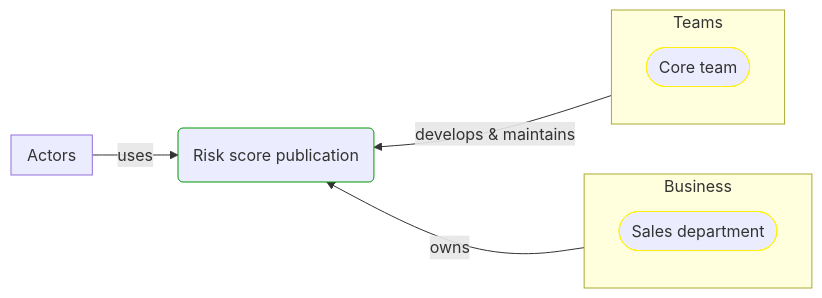
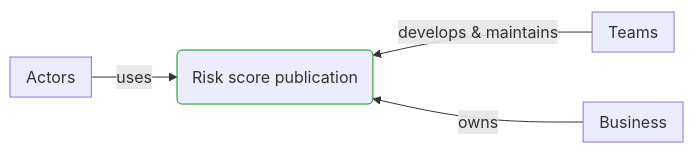
One commit to itlibrium/DDD-starter-dotnet changed the fourth of 4 diagrams in Docs/P3/MermaidOutput/Processes/Risk management/Risk score publication/Risk score publication.md. Above: the diagram before and after it, drawn with Mermaid. The commit also changed other lines of this file and 174 other files, not shown here.

````diff
--- a/Docs/P3/MermaidOutput/Processes/Risk management/Risk score publication/Risk score publication.md
+++ b/Docs/P3/MermaidOutput/Processes/Risk management/Risk score publication/Risk score publication.md
@@ -74,29 +68,25 @@
 ```mermaid
   flowchart LR
     subgraph 0["Actors"]
       direction TB
     end
     1(Risk score publication)
     class 1 DomainPerspective
     0-->|uses|1
     subgraph 2["Teams"]
       direction TB
-      3([Core team])
-      class 3 PeoplePerspective
     end
+    1---2
+    2-->|develops & maintains|1
     2---1
-    2-->|develops & maintains|1
-    1---2
-    subgraph 4["Business"]
+    subgraph 3["Business"]
       direction TB
-      5([Sales department])
-      class 5 PeoplePerspective
     end
-    4---1
-    4-->|owns|1
-    1---4
+    1---3
+    3-->|owns|1
+    3---1
     linkStyle 1,3,4,6 stroke:none
     classDef DomainPerspective stroke:#009900
     classDef TechnologyPerspective stroke:#1F41EB
     classDef PeoplePerspective stroke:#FFF014
 ```
````
